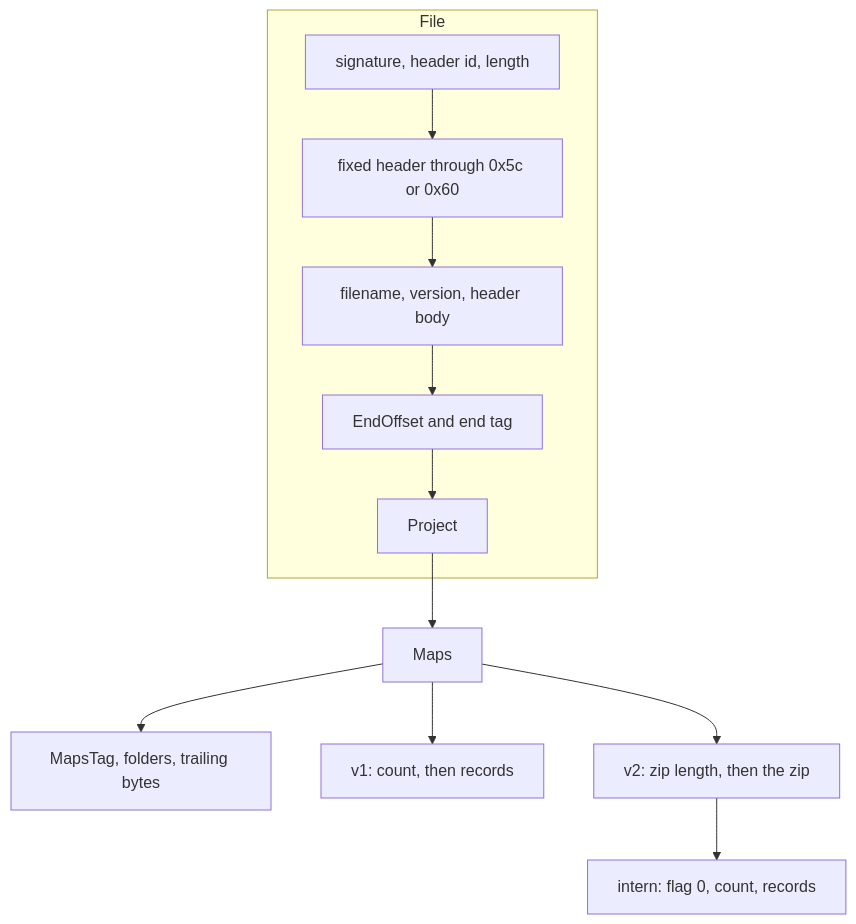
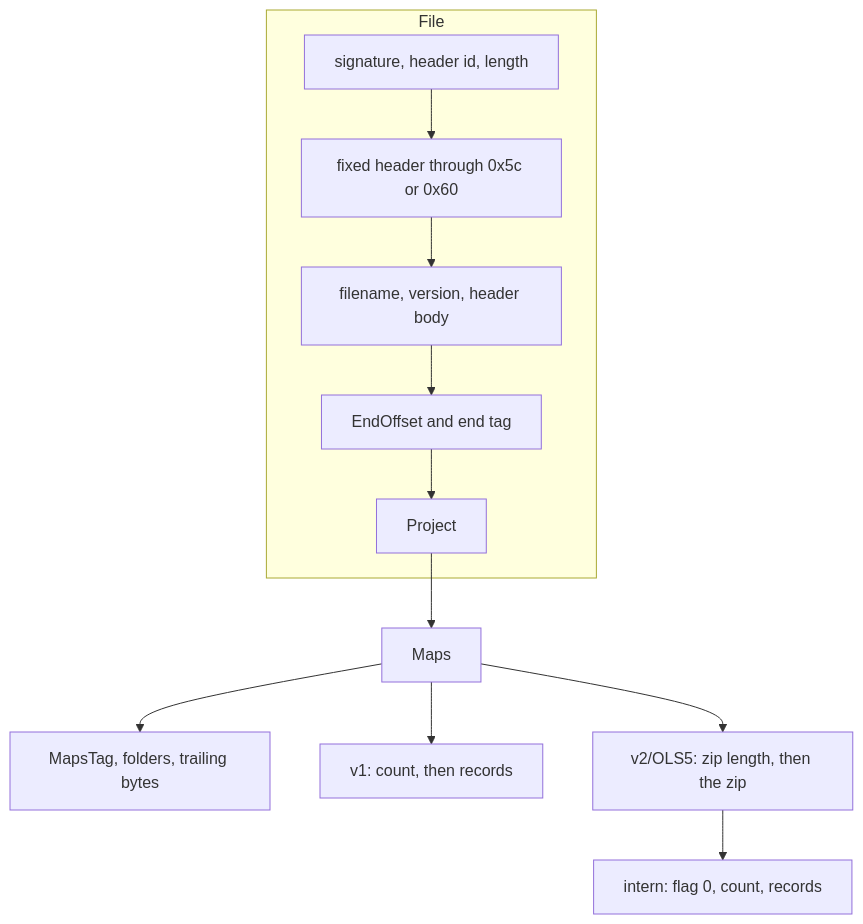
One commit to nyetlabs/xdfkit changed the diagram in docs/kp-format.md. Above: the diagram before and after it, drawn with Mermaid. The commit also changed other lines of this file and 11 other files, not shown here.

````diff
--- a/docs/kp-format.md
+++ b/docs/kp-format.md
@@ -20,14 +23,14 @@
 ```mermaid
 flowchart TD
   subgraph file [File]
     A["signature, header id, length"] --> B["fixed header through 0x5c or 0x60"]
     B --> C["filename, version, header body"]
     C --> D["EndOffset and end tag"]
     D --> E[Project]
   end
   E --> F[Maps]
   F --> G["MapsTag, folders, trailing bytes"]
   F --> H["v1: count, then records"]
-  F --> I["v2: zip length, then the zip"]
+  F --> I["v2/OLS5: zip length, then the zip"]
   I --> J["intern: flag 0, count, records"]
 ```
````
